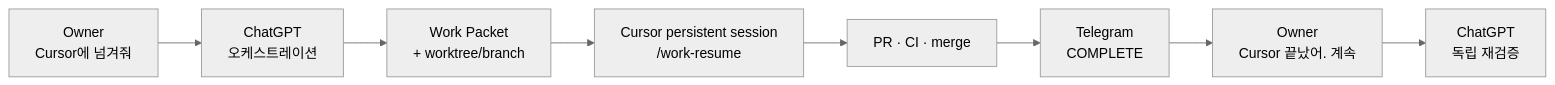
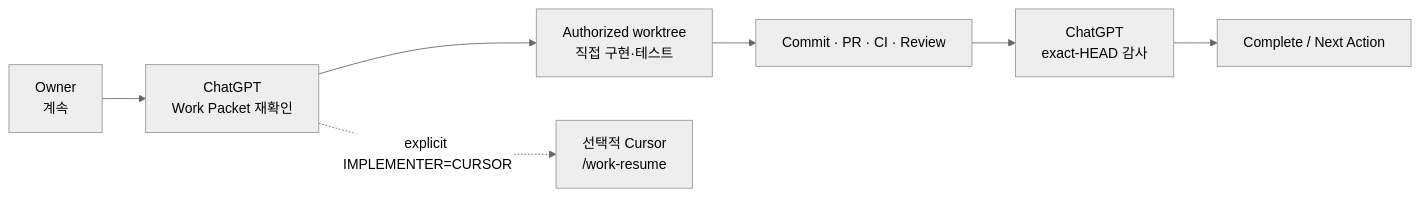
Before and after one commit to datarelay-labs/engineering-system-docs: the diagram in ko/mobile-remote-workflow.mdx, drawn with Mermaid (neutral theme). The commit also changed other lines of this file and 3 other files, not shown here.

Commit message:
docs: finish ChatGPT-primary Korean workflow cleanup

```diff
--- a/ko/mobile-remote-workflow.mdx
+++ b/ko/mobile-remote-workflow.mdx
@@ -50,10 +50,9 @@
 ~~~mermaid
 flowchart LR
-    O["Owner<br/>Cursor에 넘겨줘"] --> C["ChatGPT<br/>오케스트레이션"]
-    C --> W["Work Packet<br/>+ worktree/branch"]
-    W --> P["Cursor persistent session<br/>/work-resume"]
-    P --> G["PR · CI · merge"]
-    G --> T["Telegram<br/>COMPLETE"]
-    T --> O2["Owner<br/>Cursor 끝났어. 계속"]
-    O2 --> C2["ChatGPT<br/>독립 재검증"]
+    O["Owner<br/>계속"] --> C["ChatGPT<br/>Work Packet 재확인"]
+    C --> W["Authorized worktree<br/>직접 구현·테스트"]
+    W --> G["Commit · PR · CI · Review"]
+    G --> V["ChatGPT<br/>exact-HEAD 감사"]
+    V --> N["Complete / Next Action"]
+    C -. "explicit IMPLEMENTER=CURSOR" .-> P["선택적 Cursor<br/>/work-resume"]
 ~~~
```
